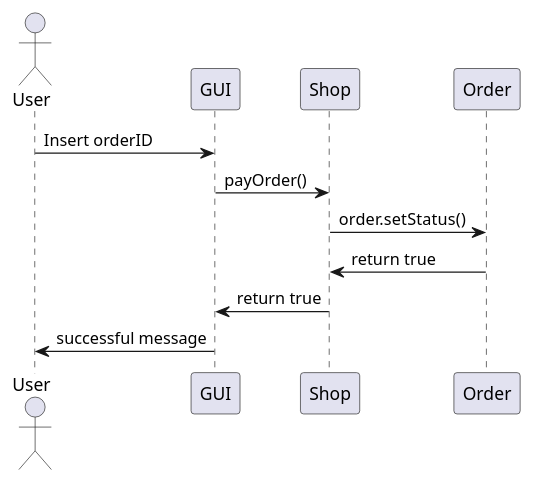
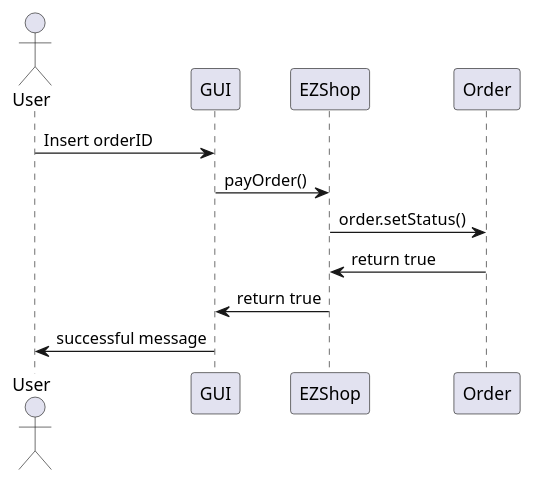
The ninth of 19 diagrams in Deliverables/DesignDocument.md (ThePiromaximus/ezshop), drawn with PlantUML before and after one commit. The commit also changed other lines of this file, not shown here.

````diff
--- a/Deliverables/DesignDocument.md
+++ b/Deliverables/DesignDocument.md
@@ -358,11 +374,11 @@
 ```plantuml
 @startuml
 actor User
 User -> GUI: Insert orderID
-GUI -> Shop: payOrder()
-Shop -> Order: order.setStatus()
-Shop <- Order: return true
-GUI <- Shop: return true
+GUI -> EZShop: payOrder()
+EZShop -> Order: order.setStatus()
+EZShop <- Order: return true
+GUI <- EZShop: return true
 User <- GUI: successful message
 @enduml
 ```
````
